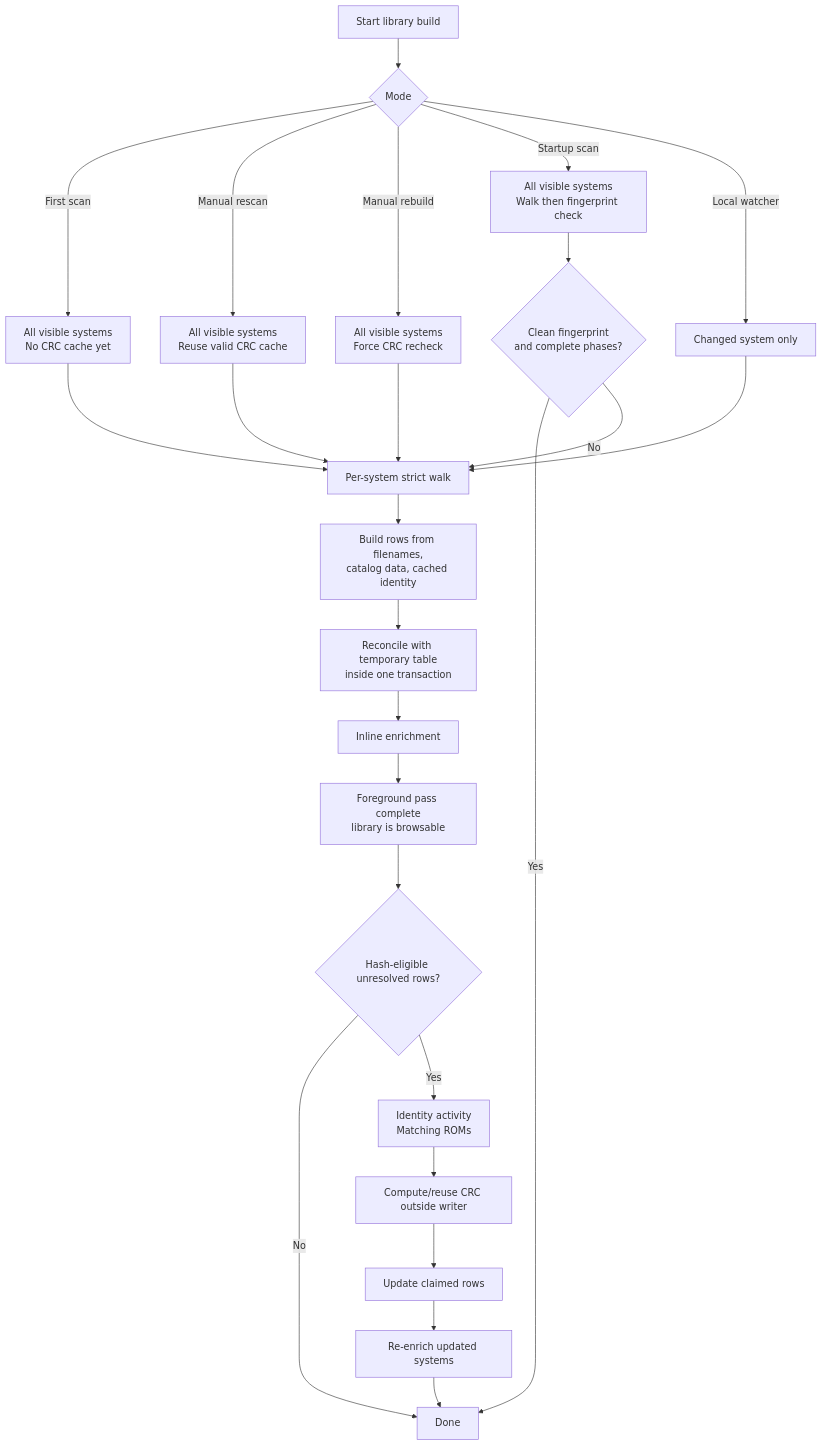
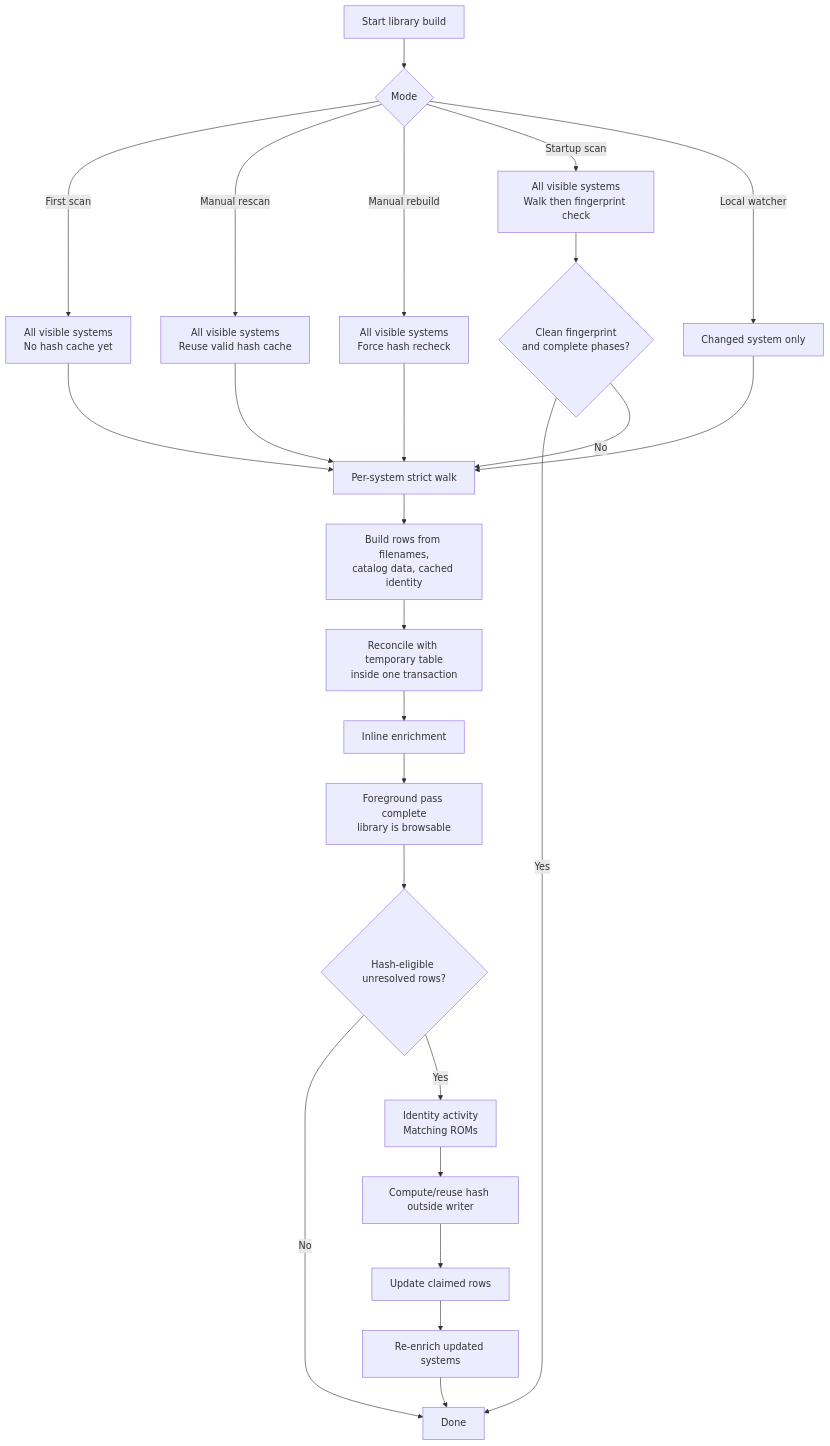
The diagram in docs/architecture/library-build-pipeline.md (lapastillaroja/replay-control), drawn with Mermaid before and after one commit. The commit also changed other lines of this file and 3 other files, not shown here.

````diff
--- a/docs/architecture/library-build-pipeline.md
+++ b/docs/architecture/library-build-pipeline.md
@@ -61,29 +64,29 @@
 ```mermaid
 flowchart TD
     A["Start library build"] --> B{"Mode"}
-    B -->|First scan| C["All visible systems<br/>No CRC cache yet"]
-    B -->|Manual rescan| D["All visible systems<br/>Reuse valid CRC cache"]
-    B -->|Manual rebuild| E["All visible systems<br/>Force CRC recheck"]
+    B -->|First scan| C["All visible systems<br/>No hash cache yet"]
+    B -->|Manual rescan| D["All visible systems<br/>Reuse valid hash cache"]
+    B -->|Manual rebuild| E["All visible systems<br/>Force hash recheck"]
     B -->|Startup scan| F["All visible systems<br/>Walk then fingerprint check"]
     B -->|Local watcher| G["Changed system only"]
 
     C --> H["Per-system strict walk"]
     D --> H
     E --> H
     G --> H
     F --> S{"Clean fingerprint<br/>and complete phases?"}
     S -->|Yes| N
     S -->|No| H
 
     H --> I["Build rows from filenames,<br/>catalog data, cached identity"]
     I --> J["Reconcile with temporary table<br/>inside one transaction"]
     J --> K["Inline enrichment"]
     K --> L["Foreground pass complete<br/>library is browsable"]
     L --> M{"Hash-eligible unresolved rows?"}
     M -->|No| N["Done"]
     M -->|Yes| O["Identity activity<br/>Matching ROMs"]
-    O --> P["Compute/reuse CRC outside writer"]
+    O --> P["Compute/reuse hash outside writer"]
     P --> Q["Update claimed rows"]
     Q --> R["Re-enrich updated systems"]
     R --> N
 ```
````
